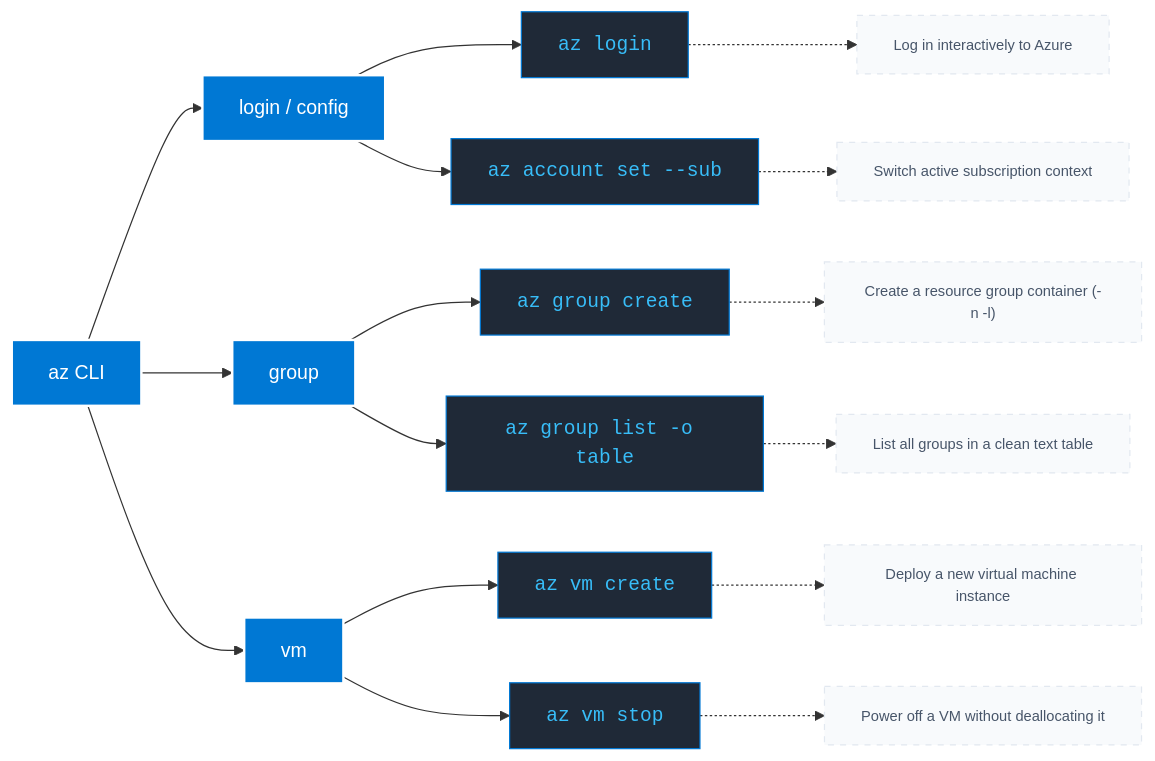
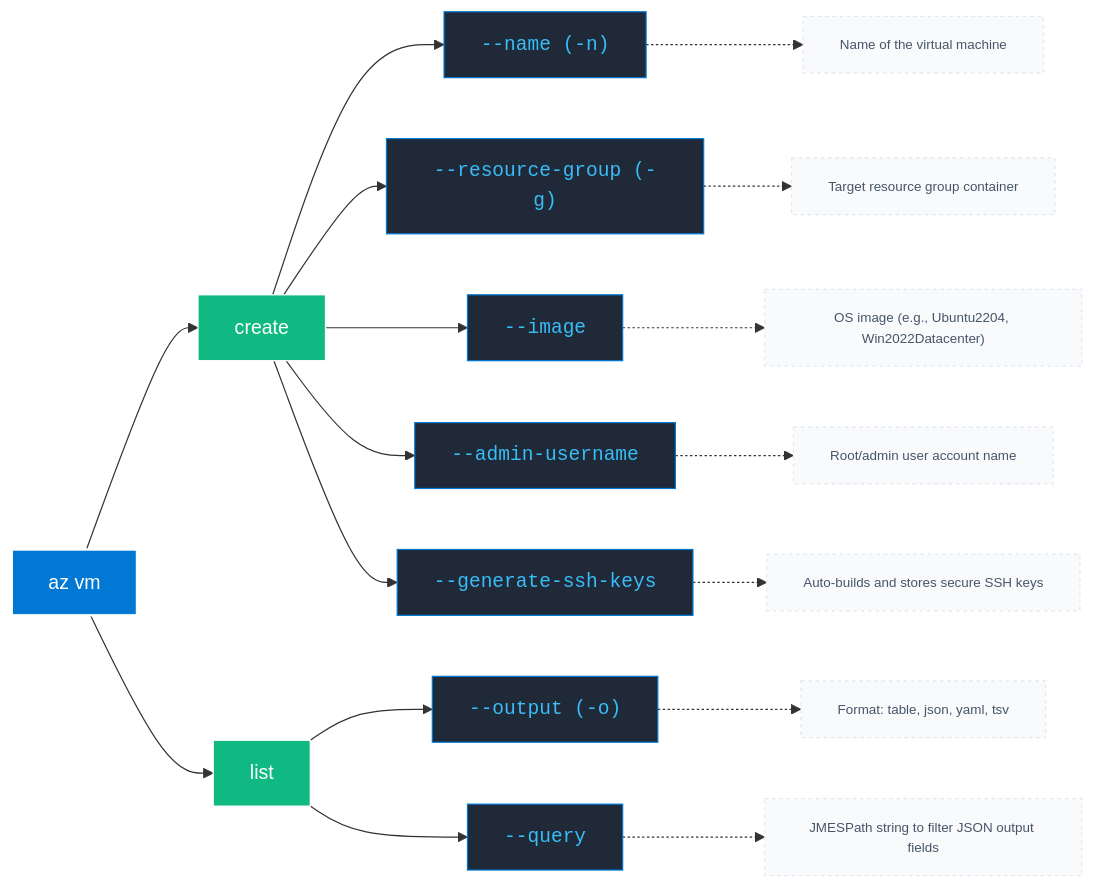
One commit to Sean-OConnor23/AI-200 changed the diagram in README.md. Above: the diagram before and after it, drawn with Mermaid. The commit also changed other lines of this file, not shown here.

Commit message:
Add visual theme styles and VM action levels

````diff
--- a/README.md
+++ b/README.md
@@ -8,37 +8,38 @@
 ```mermaid
 graph LR
-    %% Styles for easy scanning
-    classDef core fill:#0078d4,stroke:#fff,stroke-width:2px,color:#fff;
-    classDef cmd fill:#1f2937,stroke:#0078d4,stroke-width:1px,color:#38bdf8,font-family:monospace;
-    classDef desc fill:#f8fafc,stroke:#e2e8f0,stroke-dasharray: 5 5,color:#475569,font-size:12px;
+    %% Visual Theme Styles
+    classDef service fill:#0078d4,stroke:#fff,stroke-width:2px,color:#fff;
+    classDef action fill:#10b981,stroke:#fff,stroke-width:1px,color:#fff;
+    classDef flag fill:#1f2937,stroke:#0078d4,stroke-width:1px,color:#38bdf8,font-family:monospace;
+    classDef desc fill:#f8fafc,stroke:#e2e8f0,stroke-dasharray: 3 3,color:#475569,font-size:11px;
 
-    %% Core CLI Root
-    AZ[az CLI]:::core
+    %% SERVICE LEVEL
+    VM[az vm]:::service
 
-    %% --- LOGIN & CONFIG ---
-    AZ --> LoginConfig[login / config]:::core
-    
-    LoginConfig --> c_login["az login"]:::cmd
-    c_login -.-> d_login["Log in interactively to Azure"]:::desc
-    
-    LoginConfig --> c_account["az account set --sub"]:::cmd
-    c_account -.-> d_account["Switch active subscription context"]:::desc
+    %% ACTION LEVEL
+    VM --> Create[create]:::action
+    VM --> List[list]:::action
 
-    %% --- RESOURCE GROUPS ---
-    AZ --> RG[group]:::core
-    
-    RG --> c_rg_create["az group create"]:::cmd
-    c_rg_create -.-> d_rg_create["Create a resource group container (-n -l)"]:::desc
-    
-    RG --> c_rg_list["az group list -o table"]:::cmd
-    c_rg_list -.-> d_rg_list["List all groups in a clean text table"]:::desc
+    %% FLAGS FOR 'CREATE'
+    Create --> f_name["--name (-n)"]:::flag
+    f_name -.-> d_name["Name of the virtual machine"]:::desc
 
-    %% --- VIRTUAL MACHINES ---
-    AZ --> VM[vm]:::core
-    
-    VM --> c_vm_create["az vm create"]:::cmd
-    c_vm_create -.-> d_vm_create["Deploy a new virtual machine instance"]:::desc
-    
-    VM --> c_vm_stop["az vm stop"]:::cmd
-    c_vm_stop -.-> d_vm_stop["Power off a VM without deallocating it"]:::desc
+    Create --> f_rg["--resource-group (-g)"]:::flag
+    f_rg -.-> d_rg["Target resource group container"]:::desc
+
+    Create --> f_img["--image"]:::flag
+    f_img -.-> d_img["OS image (e.g., Ubuntu2204, Win2022Datacenter)"]:::desc
+
+    Create --> f_admin["--admin-username"]:::flag
+    f_admin -.-> d_admin["Root/admin user account name"]:::desc
+
+    Create --> f_ssh["--generate-ssh-keys"]:::flag
+    f_ssh -.-> d_ssh["Auto-builds and stores secure SSH keys"]:::desc
+
+    %% FLAGS FOR 'LIST'
+    List --> f_out["--output (-o)"]:::flag
+    f_out -.-> d_out["Format: table, json, yaml, tsv"]:::desc
+
+    List --> f_query["--query"]:::flag
+    f_query -.-> d_query["JMESPath string to filter JSON output fields"]:::desc
 ```
````
